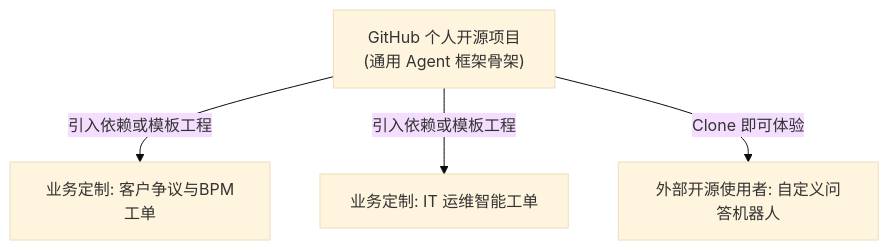
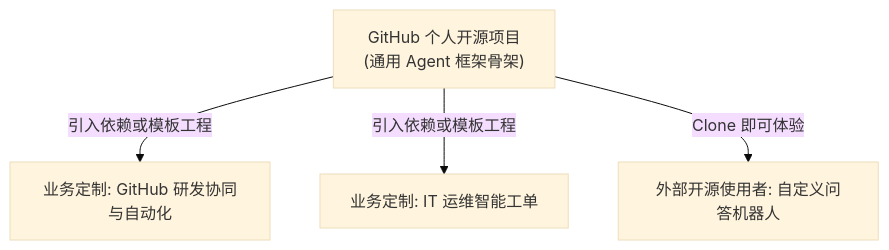
Before and after one commit to 1264585648/spring-ai-agentflow: the second of 2 diagrams in docs/02-通用Agent骨架边界与设计哲学.md, drawn with Mermaid (base theme). The commit also changed other lines of this file and 62 other files, not shown here.

Commit message:
feat: 落地多智能体注册中心(Agent Hub)、GitHub Issue协同闭环与开发者工作台换装

````diff
--- a/docs/02-通用Agent骨架边界与设计哲学.md
+++ b/docs/02-通用Agent骨架边界与设计哲学.md
@@ -73,11 +73,11 @@
 ```mermaid
 flowchart TD
     Core["GitHub 个人开源项目<br/>(通用 Agent 框架骨架)"]
-    CompanyA["业务定制: 客户争议与BPM工单"]
+    CompanyA["业务定制: GitHub 研发协同与自动化"]
     CompanyB["业务定制: IT 运维智能工单"]
     CompanyC["外部开源使用者: 自定义问答机器人"]
 
     Core -->|引入依赖或模板工程| CompanyA
     Core -->|引入依赖或模板工程| CompanyB
     Core -->|Clone 即可体验| CompanyC
 ```
````
